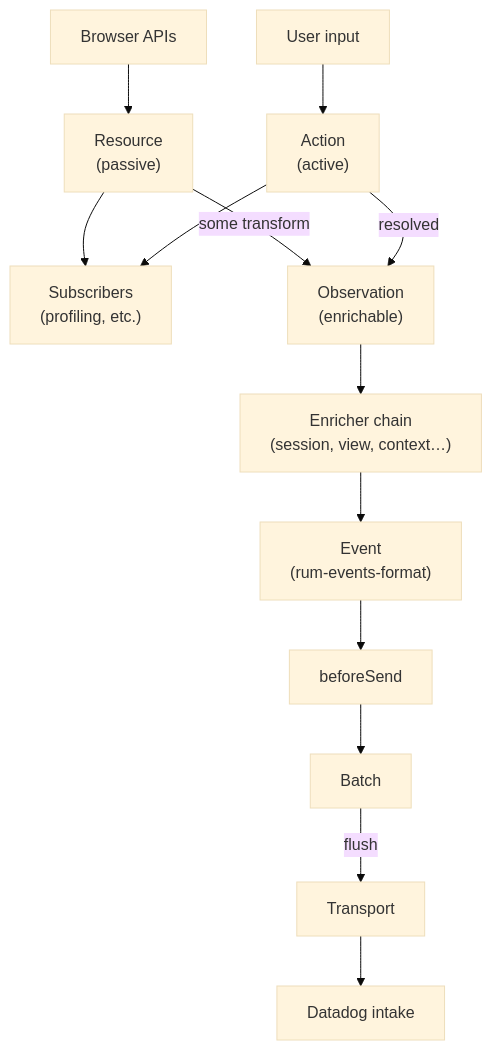
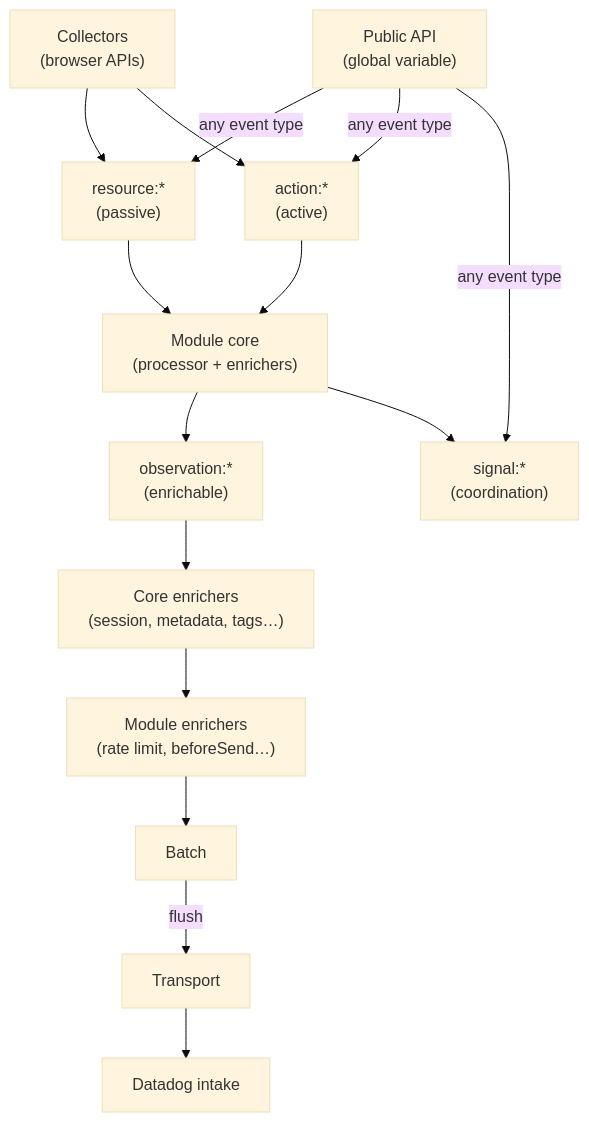
Before and after one commit to DataDog/browser-sdk: the diagram in docs/ARCHITECTURE_V8.md, drawn with Mermaid (base theme). The commit also changed other lines of this file and 34 other files, not shown here.

````diff
--- a/docs/ARCHITECTURE_V8.md
+++ b/docs/ARCHITECTURE_V8.md
@@ -157,28 +298,30 @@
 ```mermaid
 flowchart TD
-  browser["Browser APIs"]
-  user["User input"]
-  resource["Resource\n(passive)"]
-  action["Action\n(active)"]
-  subscribers["Subscribers\n(profiling, etc.)"]
-  observation["Observation\n(enrichable)"]
-  enrichers["Enricher chain\n(session, view, context…)"]
-  event["Event\n(rum-events-format)"]
-  beforeSend["beforeSend"]
+  collectors["Collectors\n(browser APIs)"]
+  publicApi["Public API\n(global variable)"]
+  resource["resource:*\n(passive)"]
+  action["action:*\n(active)"]
+  moduleCore["Module core\n(processor + enrichers)"]
+  observation["observation:*\n(enrichable)"]
+  coreEnrichers["Core enrichers\n(session, metadata, tags…)"]
+  moduleEnrichers["Module enrichers\n(rate limit, beforeSend…)"]
   batch["Batch"]
   transport["Transport"]
   intake["Datadog intake"]
+  signal["signal:*\n(coordination)"]
 
-  browser --> resource
-  user --> action
-  resource --> subscribers
-  action --> subscribers
-  resource -->|"some transform"| observation
-  action -->|"resolved"| observation
-  observation --> enrichers
-  enrichers --> event
-  event --> beforeSend
-  beforeSend --> batch
+  collectors --> resource
+  collectors --> action
+  publicApi -->|"any event type"| resource
+  publicApi -->|"any event type"| action
+  publicApi -->|"any event type"| signal
+  resource --> moduleCore
+  action --> moduleCore
+  moduleCore --> observation
+  moduleCore --> signal
+  observation --> coreEnrichers
+  coreEnrichers --> moduleEnrichers
+  moduleEnrichers --> batch
   batch -->|"flush"| transport
   transport --> intake
 ```
````
